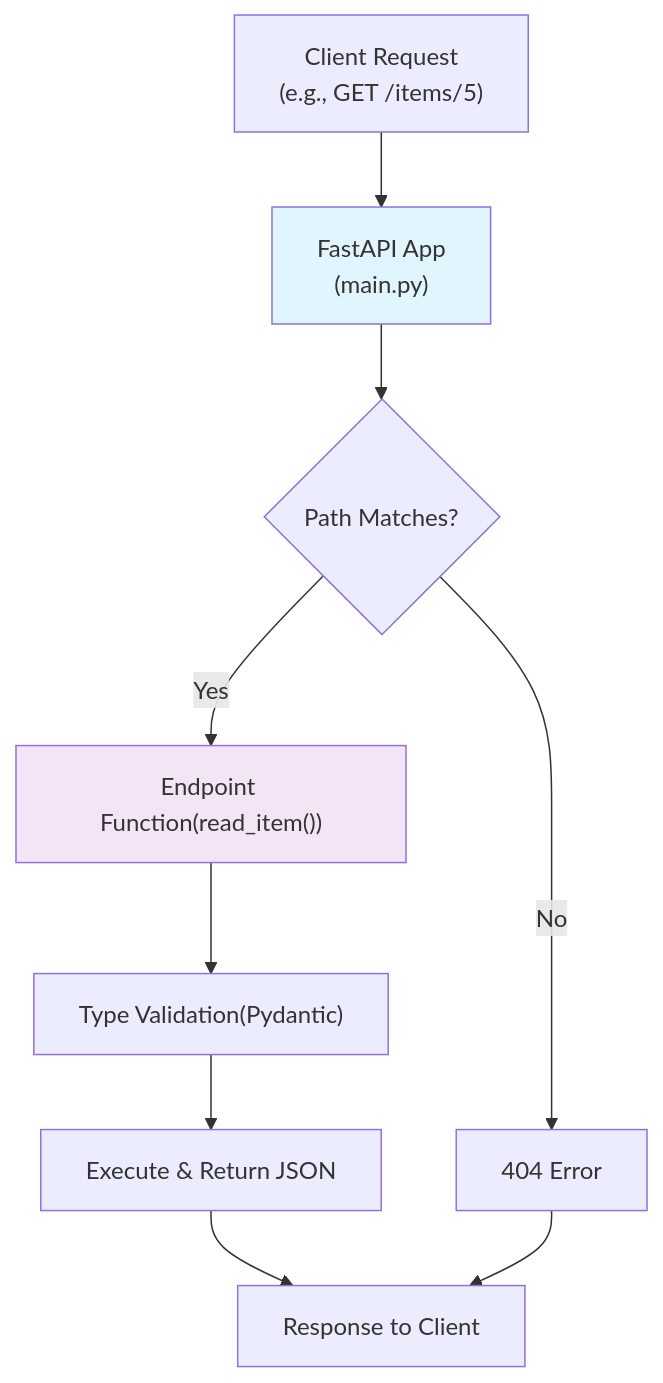
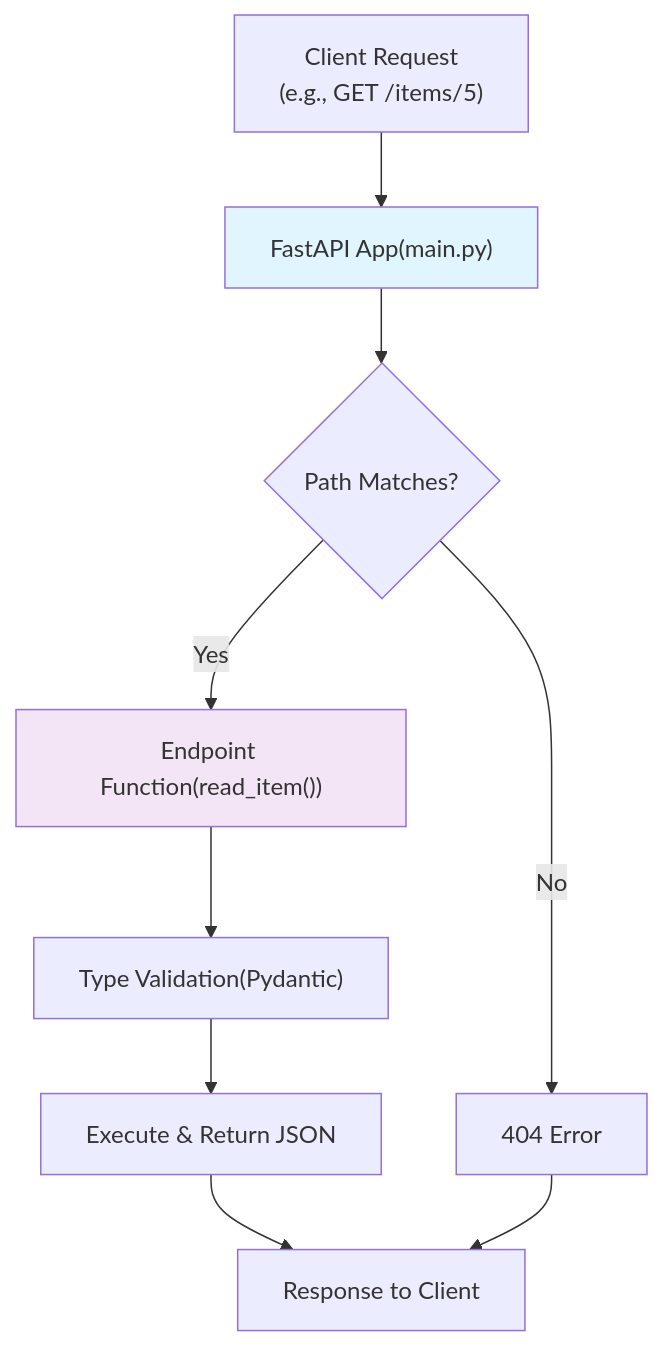
Before and after one commit to anandtopu/introduction-to-fast-api: the second of 3 diagrams in Basics/Introduction_fastapi.md, drawn with Mermaid. The commit also changed other lines of this file, not shown here.

Commit message:
added diagram

````diff
--- a/Basics/Introduction_fastapi.md
+++ b/Basics/Introduction_fastapi.md
@@ -105,15 +105,15 @@
 ```mermaid
 flowchart TD
-    A["Client Request\n(e.g., GET /items/5)"] --> B["FastAPI App\n(main.py)"]
+    A["Client Request\n(e.g., GET /items/5)"] --> B["FastAPI App(main.py)"]
     B --> C{Path Matches?}
     C -->|Yes| D["Endpoint Function(read_item())"]
     D --> E["Type Validation(Pydantic)"]
     E --> F["Execute & Return JSON"]
     F --> G["Response to Client"]
     C -->|No| H["404 Error"]
     H --> G
 
     style B fill:#e1f5fe
     style D fill:#f3e5f5
 
 ```
````
